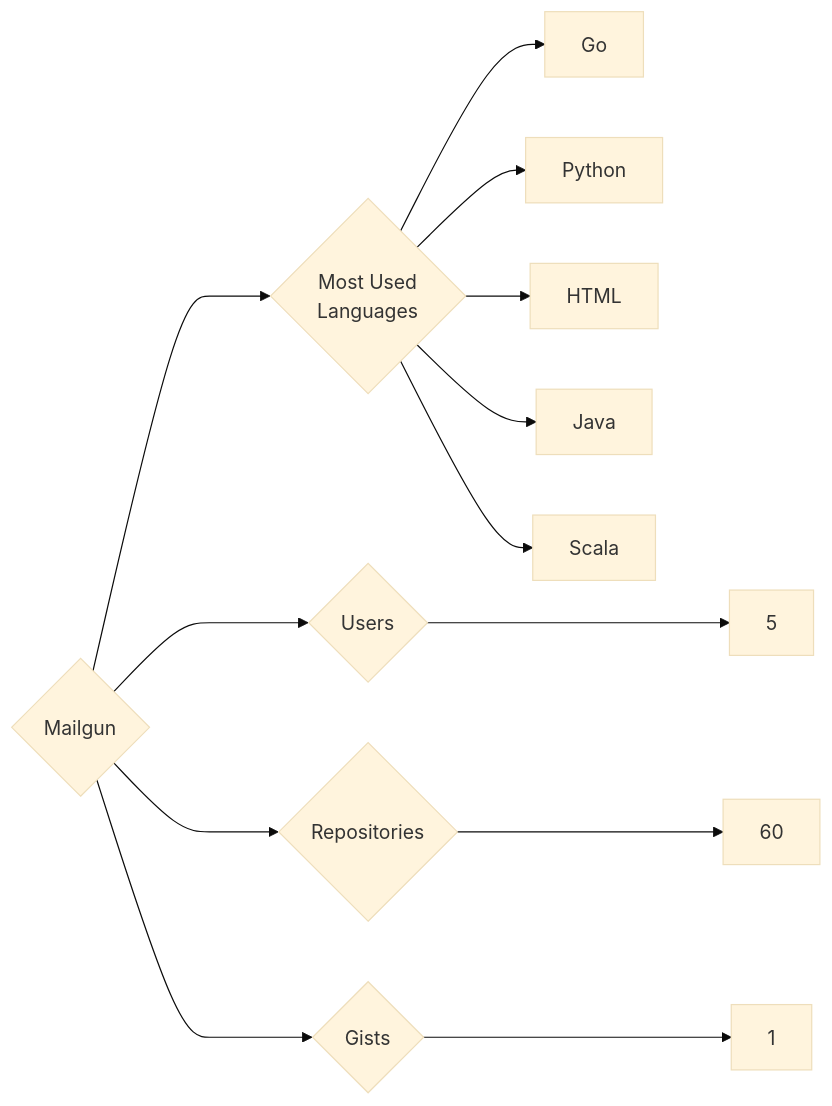
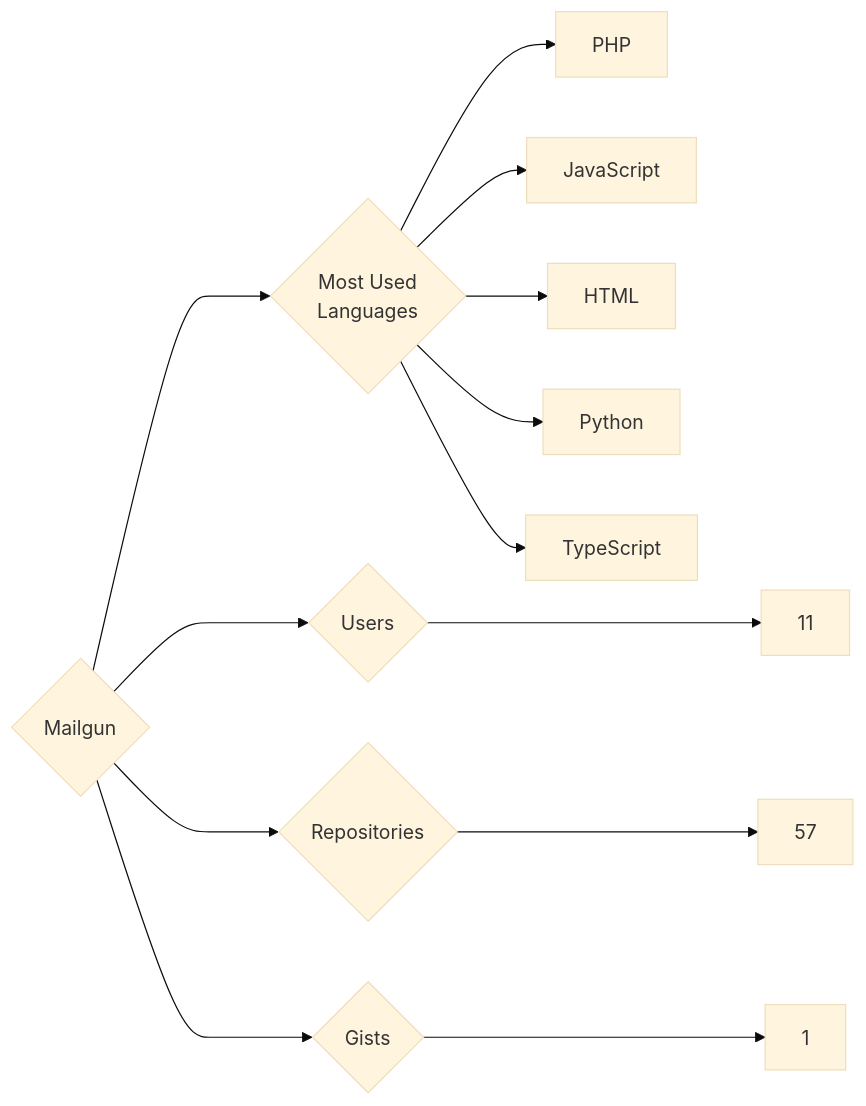
The diagram in targets/Mailgun/README.md (trickest/insiders), drawn with Mermaid (base theme) before and after one commit. The commit also changed 823 other files, not shown here.

````diff
--- a/targets/Mailgun/README.md
+++ b/targets/Mailgun/README.md
@@ -3,13 +3,13 @@
 ```mermaid
 graph LR
 COMPANY_NAME{Mailgun}
-COMPANY_NAME ---> U{Users} ---> UN[5]
-COMPANY_NAME ---> R{Repositories} ---> RN[60]
+COMPANY_NAME ---> U{Users} ---> UN[11]
+COMPANY_NAME ---> R{Repositories} ---> RN[57]
 COMPANY_NAME ---> G{Gists} ---> GN[1]
 COMPANY_NAME ---> ML{Most Used<br>Languages}
-ML --> Go[Go]
+ML --> PHP[PHP]
+ML --> JavaScript[JavaScript]
+ML --> HTML[HTML]
 ML --> Python[Python]
-ML --> HTML[HTML]
-ML --> Java[Java]
-ML --> Scala[Scala]
+ML --> TypeScript[TypeScript]
 ```
````
